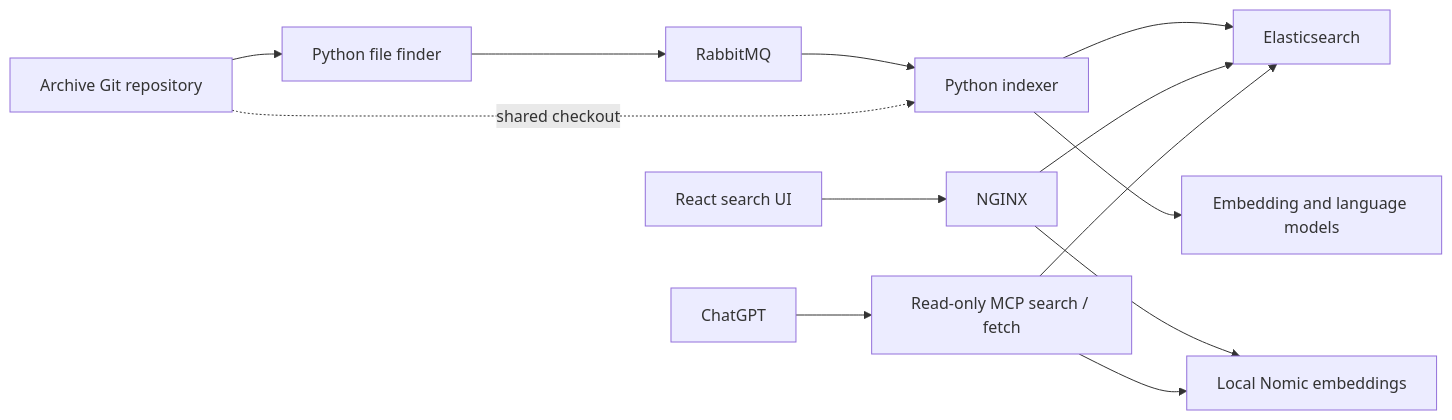
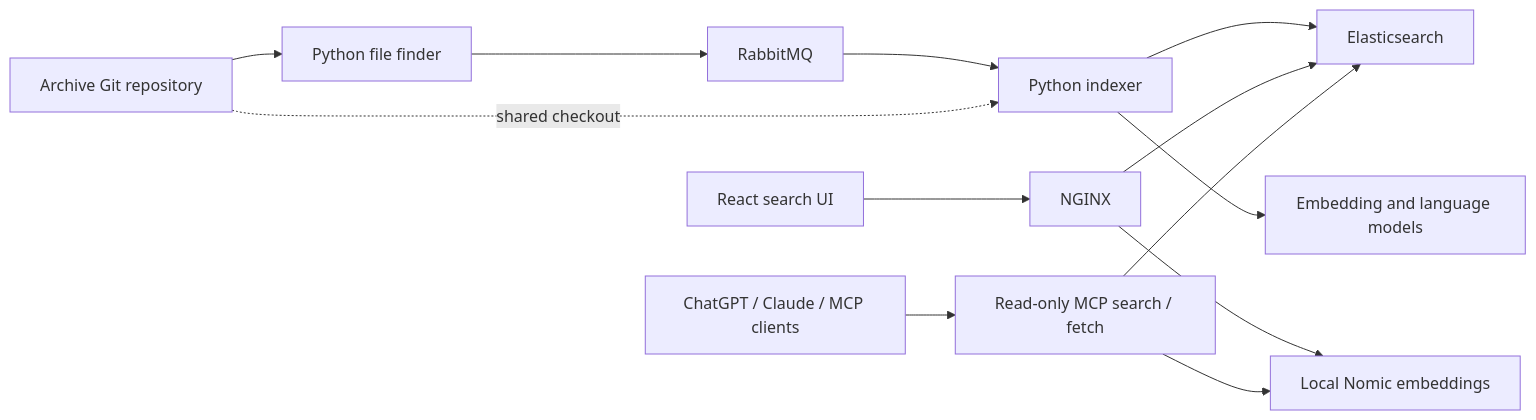
One commit to dbsanfte/eq-archives-software changed the diagram in README.md. Above: the diagram before and after it, drawn with Mermaid. The commit also changed other lines of this file and 23 other files, not shown here.

Commit message:
feat: publish MCP connection guide for ChatGPT and Claude

````diff
--- a/README.md
+++ b/README.md
@@ -25,15 +25,15 @@
 ```mermaid
 flowchart LR
     Archive[Archive Git repository] --> Finder[Python file finder]
     Finder --> Queue[RabbitMQ]
     Queue --> Worker[Python indexer]
     Archive -. shared checkout .-> Worker
     Worker --> ES[Elasticsearch]
     Worker --> Models[Embedding and language models]
     Browser[React search UI] --> Proxy[NGINX]
     Proxy --> ES
     Proxy --> Embeddings[Local Nomic embeddings]
-    ChatGPT --> MCP[Read-only MCP search / fetch]
+    Assistants[ChatGPT / Claude / MCP clients] --> MCP[Read-only MCP search / fetch]
     MCP --> ES
     MCP --> Embeddings
 ```
````
